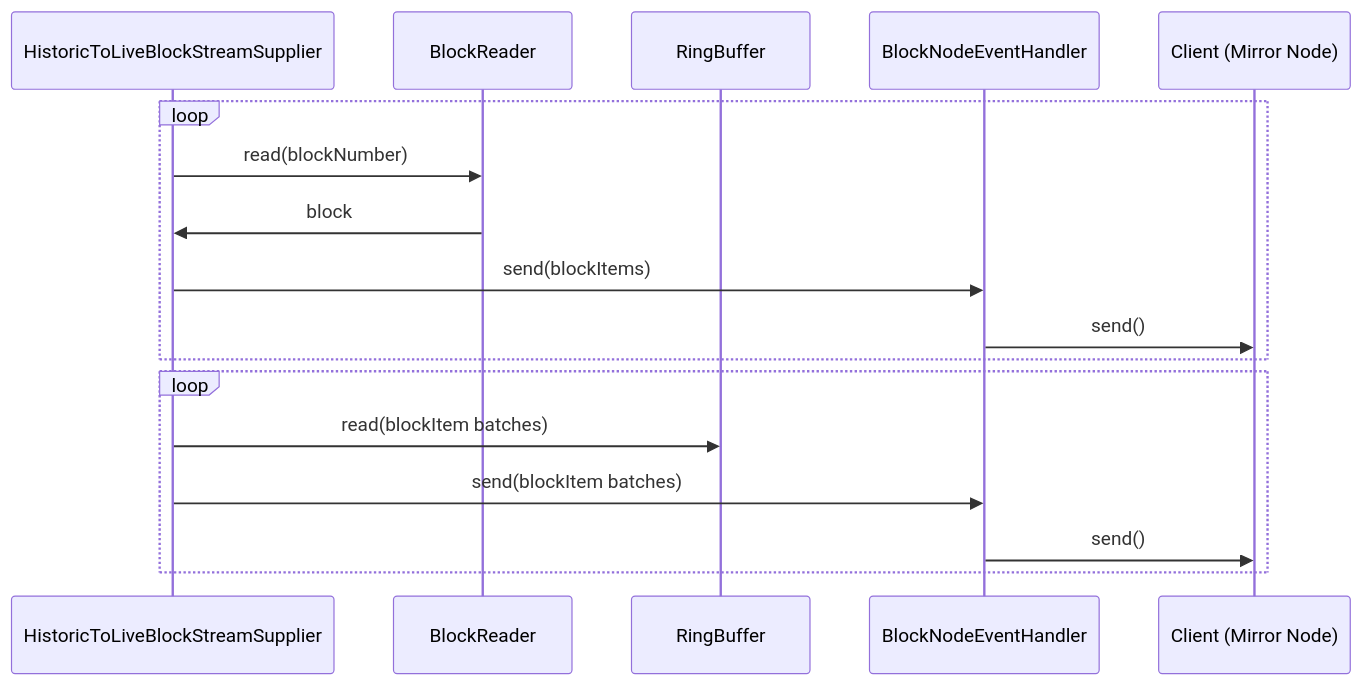
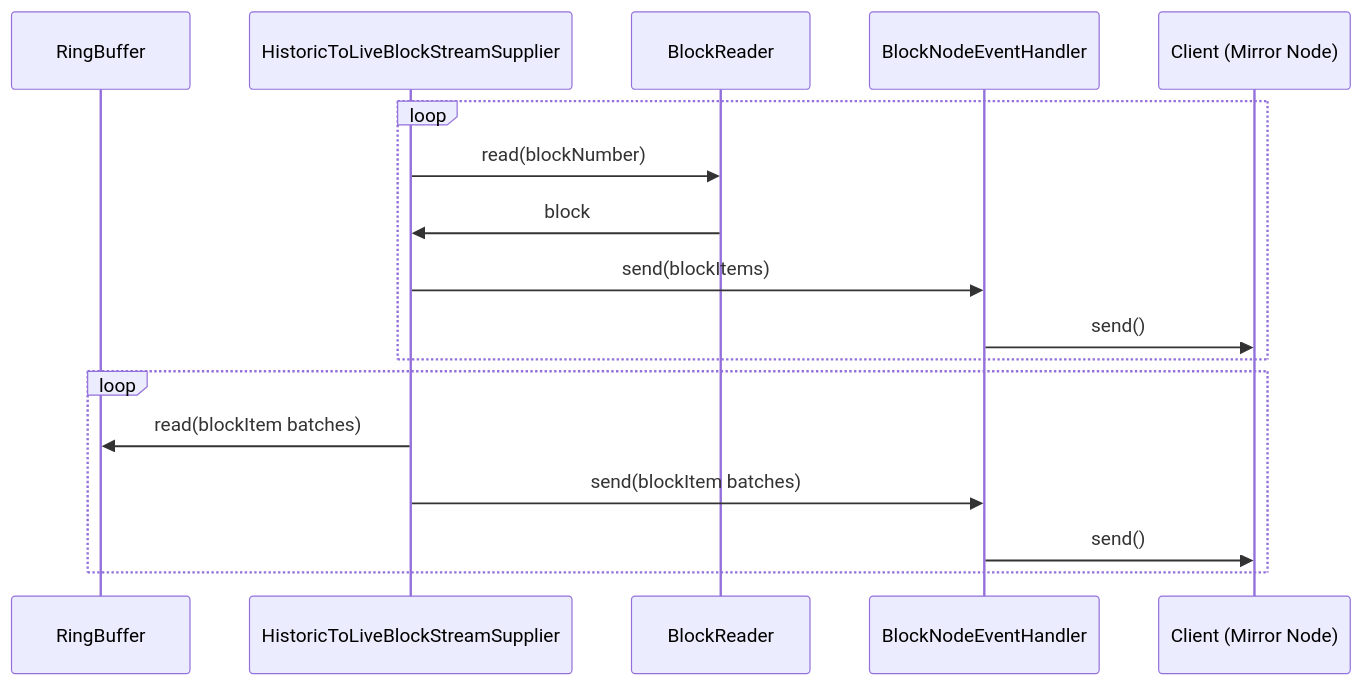
The diagram in server/docs/design/historic-streaming/open-range-historic-streaming.md (hiero-ledger/hiero-block-node), drawn with Mermaid before and after one commit. The commit also changed other lines of this file, not shown here.

````diff
--- a/server/docs/design/historic-streaming/open-range-historic-streaming.md
+++ b/server/docs/design/historic-streaming/open-range-historic-streaming.md
@@ -73,20 +73,20 @@
 ```mermaid
 sequenceDiagram
+    participant RB as RingBuffer
     participant H as HistoricToLiveBlockStreamSupplier
     participant BR as BlockReader
-    participant RB as RingBuffer
     participant BNEH as BlockNodeEventHandler
     participant C as Client (Mirror Node)
 
     loop
     H->>BR: read(blockNumber)
     BR->>H: block
     H->>BNEH: send(blockItems)
     BNEH->>C: send()
     end
     loop
     H->>RB: read(blockItem batches)
     H->>BNEH: send(blockItem batches)
     BNEH->>C: send()
     end
 ```
````
